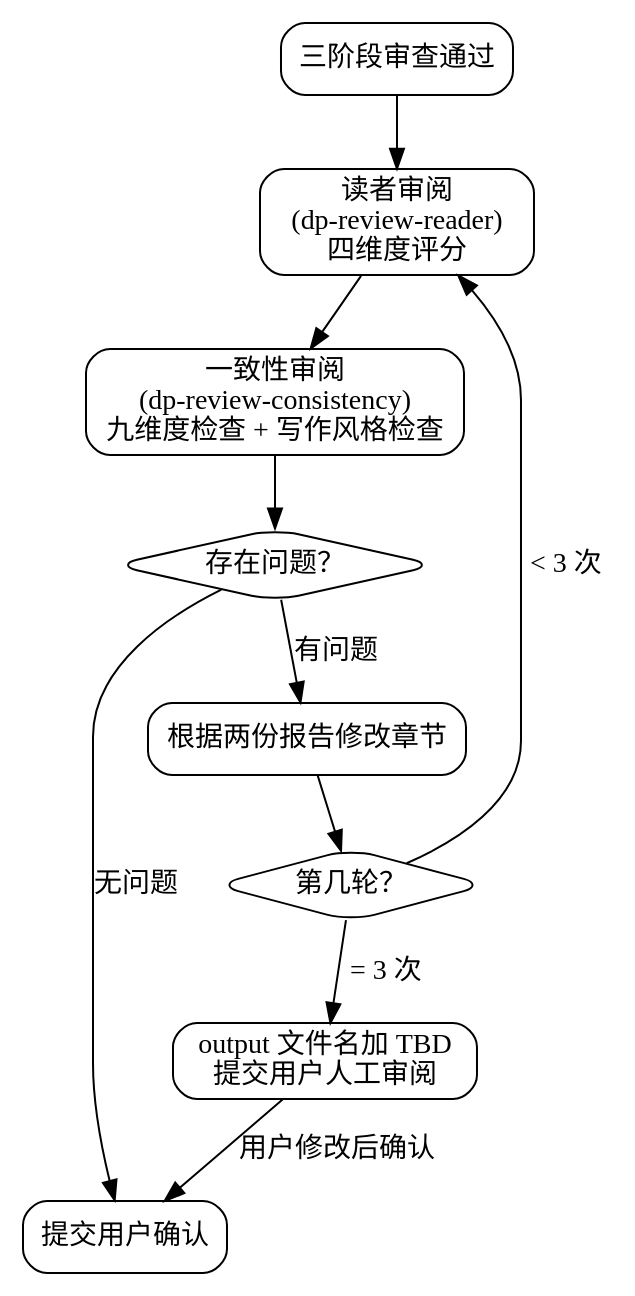
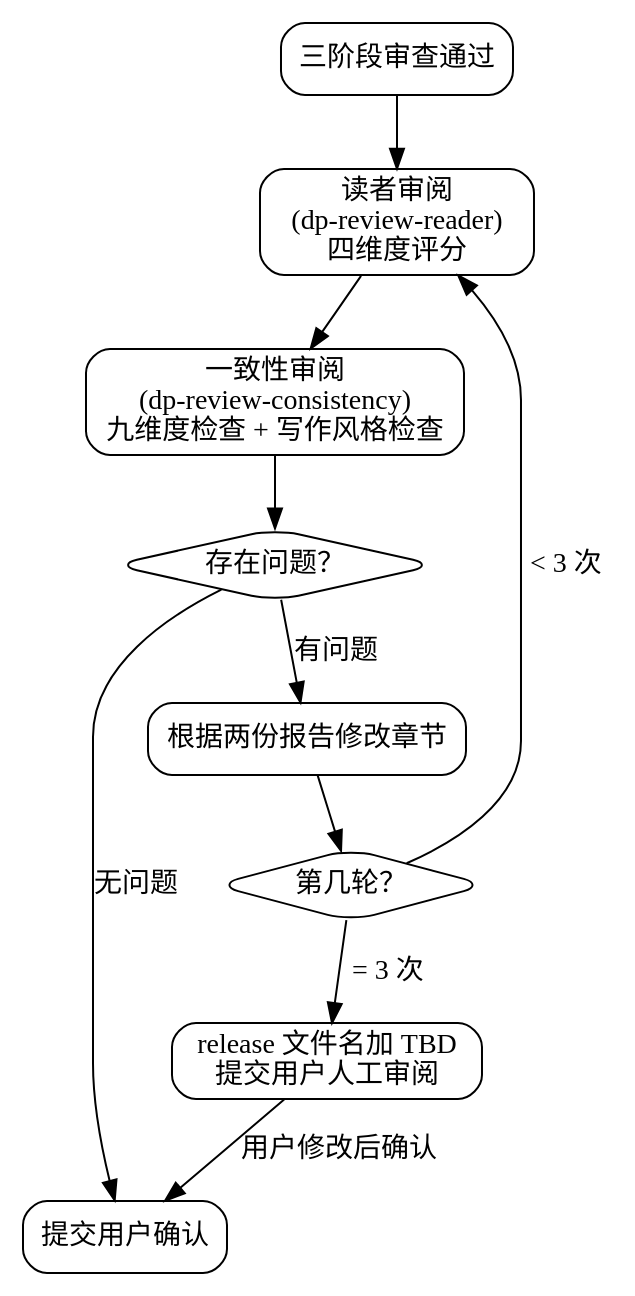
The second of 3 diagrams in skills/dp-chapter-draft/SKILL.md (skyfiredao/dreampowers), drawn with Graphviz before and after one commit. The commit also changed other lines of this file and 7 other files, not shown here.

Commit message:
dw: change output to release and summary to 100

````diff
--- a/skills/dp-chapter-draft/SKILL.md
+++ b/skills/dp-chapter-draft/SKILL.md
@@ -239,25 +239,25 @@
 ```dot
 digraph external_review_loop {
     rankdir=TB;
     node [shape=box, style=rounded, fontname="PingFang SC"];
 
     three_stage_pass [label="三阶段审查通过"];
     reader [label="读者审阅\n(dp-review-reader)\n四维度评分"];
     consistency [label="一致性审阅\n(dp-review-consistency)\n九维度检查 + 写作风格检查"];
     has_issue [label="存在问题？" shape=diamond];
     fix [label="根据两份报告修改章节"];
     count [label="第几轮？" shape=diamond];
     user_confirm [label="提交用户确认"];
-    tbd [label="output 文件名加 TBD\n提交用户人工审阅"];
+    tbd [label="release 文件名加 TBD\n提交用户人工审阅"];
 
     three_stage_pass -> reader;
     reader -> consistency;
     consistency -> has_issue;
     has_issue -> user_confirm [label="无问题"];
     has_issue -> fix [label="有问题"];
     fix -> count;
     count -> reader [label="< 3 次"];
     count -> tbd [label="= 3 次"];
     tbd -> user_confirm [label="用户修改后确认"];
 }
 ```
````
